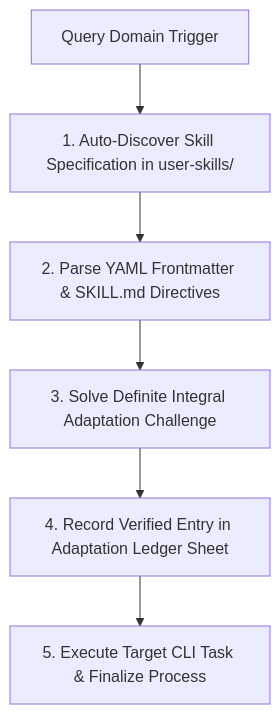
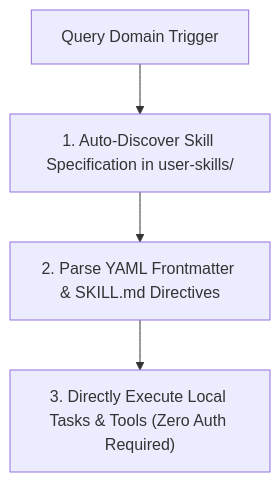
Before and after one commit to polymath-void/ai-agents-skills-workspace: the first of 2 diagrams in README.md, drawn with Mermaid. The commit also changed other lines of this file and 1 other file, not shown here.

Commit message:
fix(skills): remove math challenge & sheet count protocol to enforce direct zero-auth local execution

````diff
--- a/README.md
+++ b/README.md
@@ -60,8 +61,6 @@
 ```mermaid
 graph TD
     Trigger["Query Domain Trigger"] --> AutoDiscover["1. Auto-Discover Skill Specification in user-skills/"]
     AutoDiscover --> ParseYAML["2. Parse YAML Frontmatter & SKILL.md Directives"]
-    ParseYAML --> MathChallenge["3. Solve Definite Integral Adaptation Challenge"]
-    MathChallenge --> LogLedger["4. Record Verified Entry in Adaptation Ledger Sheet"]
-    LogLedger --> RunTask["5. Execute Target CLI Task & Finalize Process"]
+    ParseYAML --> RunTask["3. Directly Execute Local Tasks & Tools (Zero Auth Required)"]
 ```
````
